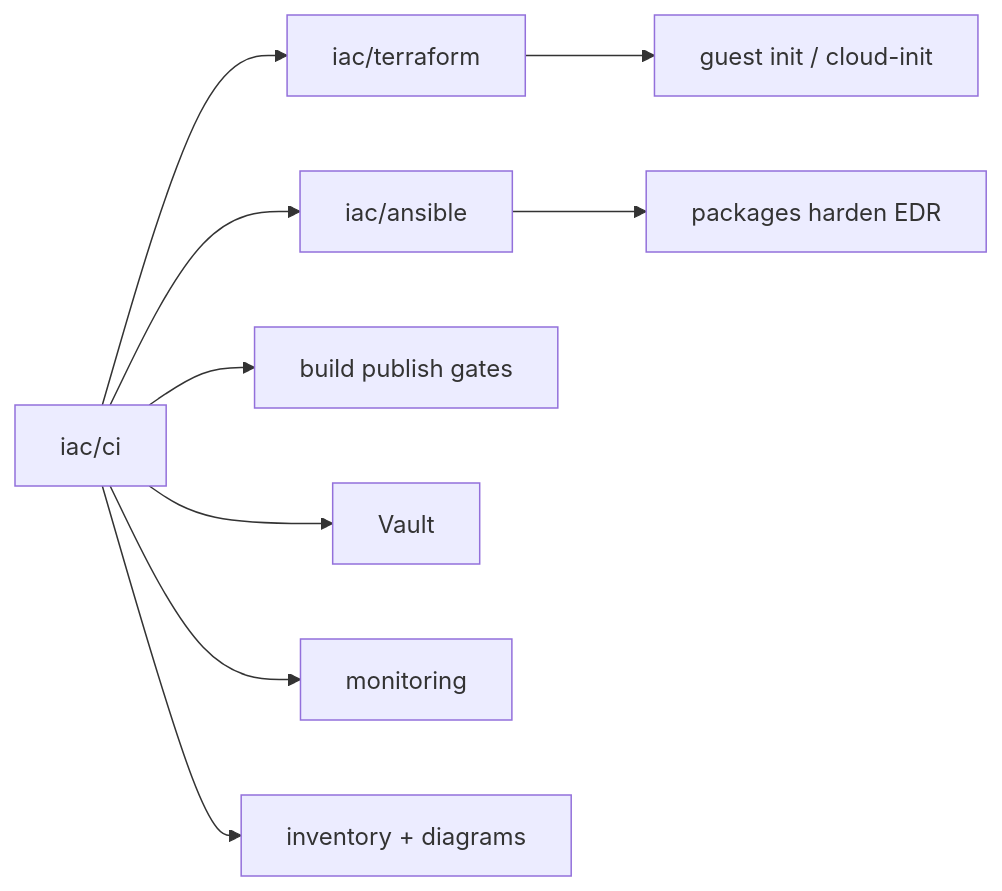
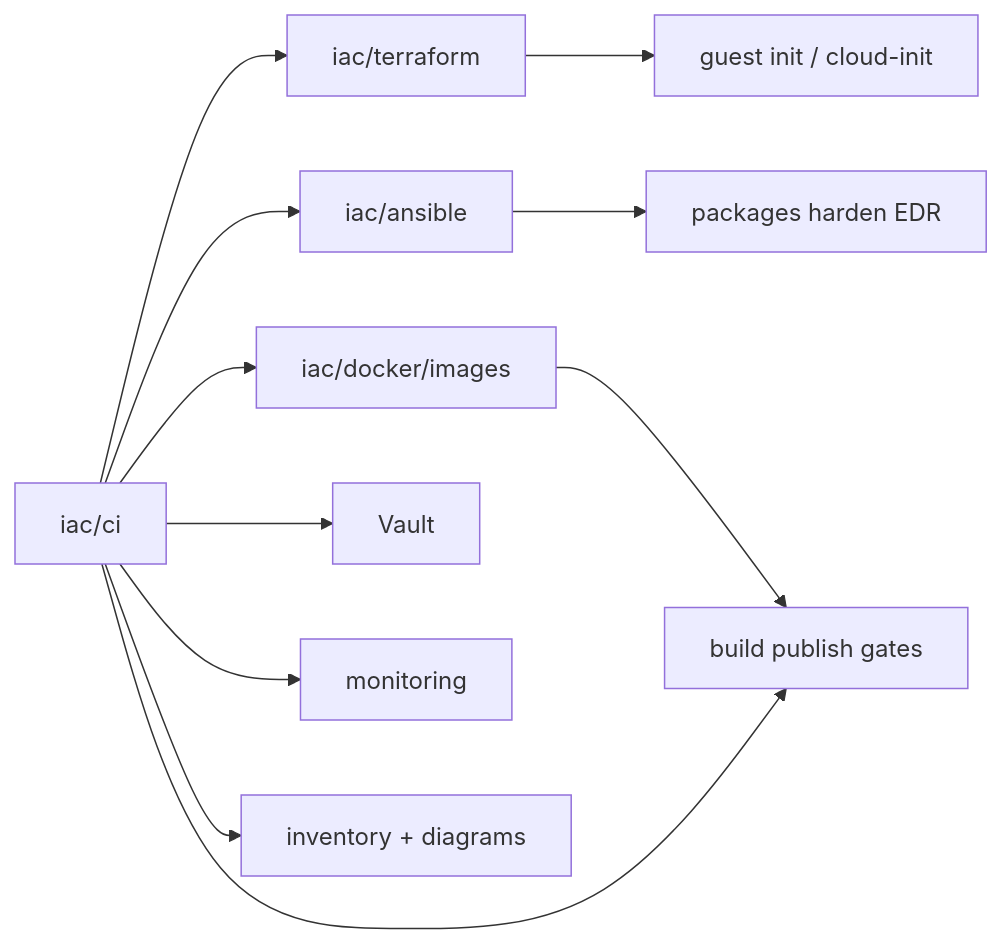
The diagram in iac/ci/README.md (NarberallGamma/narberall-platform-engineer-lab), drawn with Mermaid before and after one commit. The commit also changed other lines of this file and 418 other files, not shown here.

First line of the commit message:
Publish Docker image kits and Compose stacks next to Helm and Ansible.

````diff
--- a/iac/ci/README.md
+++ b/iac/ci/README.md
@@ -31,11 +35,13 @@
 ```mermaid
 flowchart LR
   CI[iac/ci] --> TF[iac/terraform]
   CI --> ANS[iac/ansible]
+  CI --> Dock[iac/docker/images]
   TF --> Guest[guest init / cloud-init]
   ANS --> Day2[packages harden EDR]
-  CI --> Build[build publish gates]
+  Dock --> Build[build publish gates]
+  CI --> Build
   CI --> Vault[Vault]
   CI --> Mon[monitoring]
   CI --> Docs[inventory + diagrams]
 ```
````
